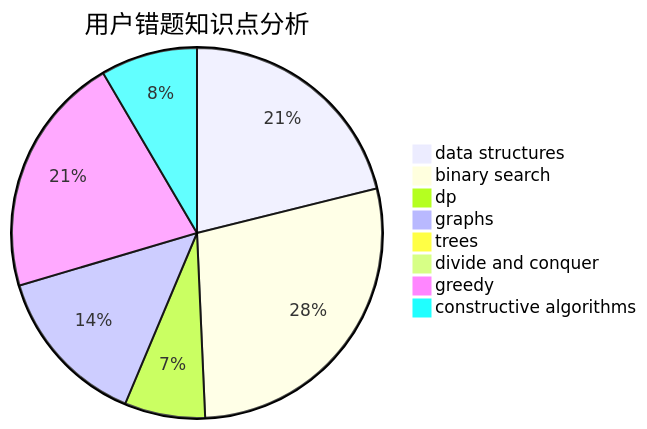
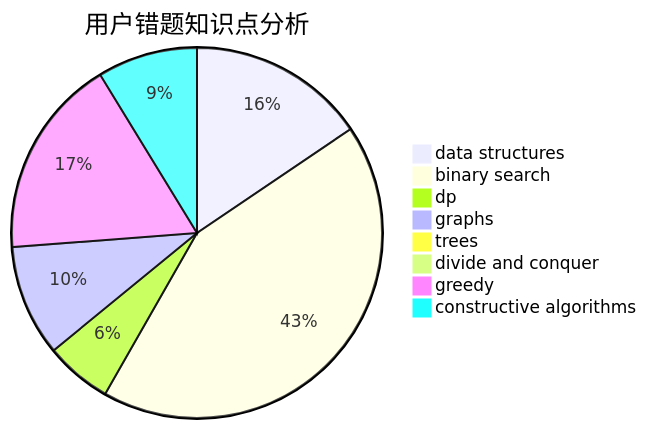
The third of 3 diagrams in docs/user/u866.md (sherpahu/cfrs.github.io), drawn with Mermaid before and after one commit. The commit also changed other lines of this file and 2770 other files, not shown here.

````diff
--- a/docs/user/u866.md
+++ b/docs/user/u866.md
@@ -36,11 +36,11 @@
 ```mermaid
 pie title 用户错题知识点分析
-    "data structures" :  15
-    "binary search" :  20
-    "dp" :  5
+    "data structures" :  16
+    "binary search" :  44
+    "dp" :  6
     "graphs" :  10
     "trees" :  0
     "divide and conquer" :  0
-    "greedy" :  15
-    "constructive algorithms" :  6
+    "greedy" :  18
+    "constructive algorithms" :  9
 ```
````
